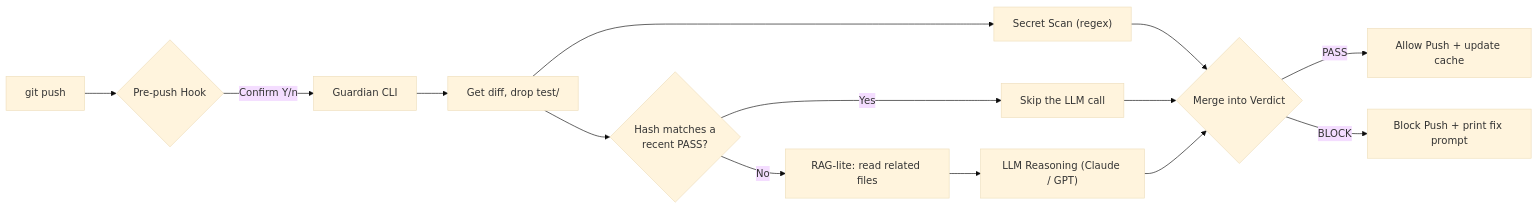
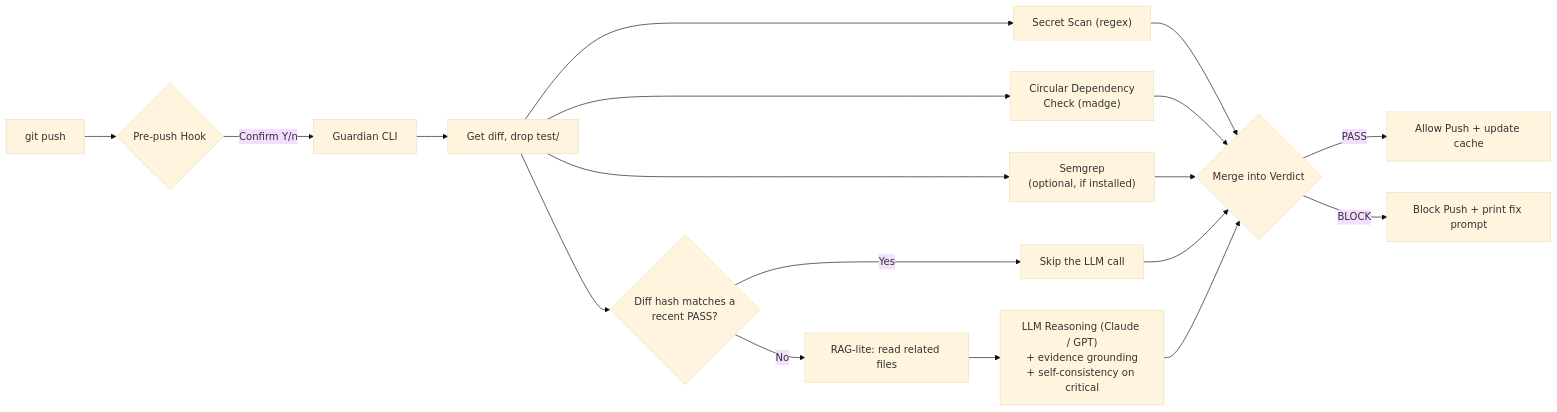
The diagram in README.md (dquangai/ai-dev-guardian), drawn with Mermaid (base theme) before and after one commit. The commit also changed other lines of this file, not shown here.

````diff
--- a/README.md
+++ b/README.md
@@ -101,16 +63,20 @@
 ```mermaid
 flowchart LR
     A["git push"] --> B{Pre-push Hook}
     B -->|Confirm Y/n| C["Guardian CLI"]
     C --> D["Get diff, drop test/"]
     D --> E["Secret Scan (regex)"]
-    D --> F{Hash matches a<br/>recent PASS?}
+    D --> M["Circular Dependency<br/>Check (madge)"]
+    D --> S["Semgrep<br/>(optional, if installed)"]
+    D --> F{Diff hash matches a<br/>recent PASS?}
     F -->|Yes| G["Skip the LLM call"]
     F -->|No| H["RAG-lite: read related files"]
-    H --> I["LLM Reasoning (Claude / GPT)"]
+    H --> I["LLM Reasoning (Claude / GPT)<br/>+ evidence grounding<br/>+ self-consistency on critical"]
     E --> J{Merge into Verdict}
+    M --> J
+    S --> J
     G --> J
     I --> J
     J -->|PASS| K["Allow Push + update cache"]
     J -->|BLOCK| L["Block Push + print fix prompt"]
 ```
````
